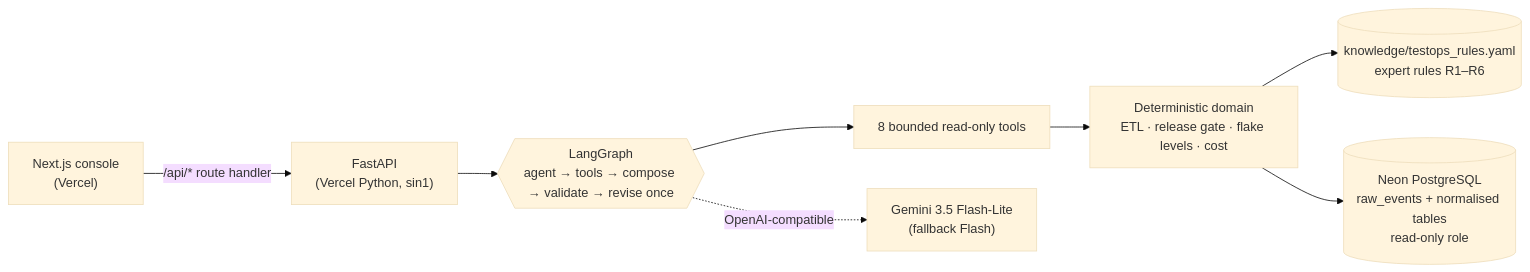
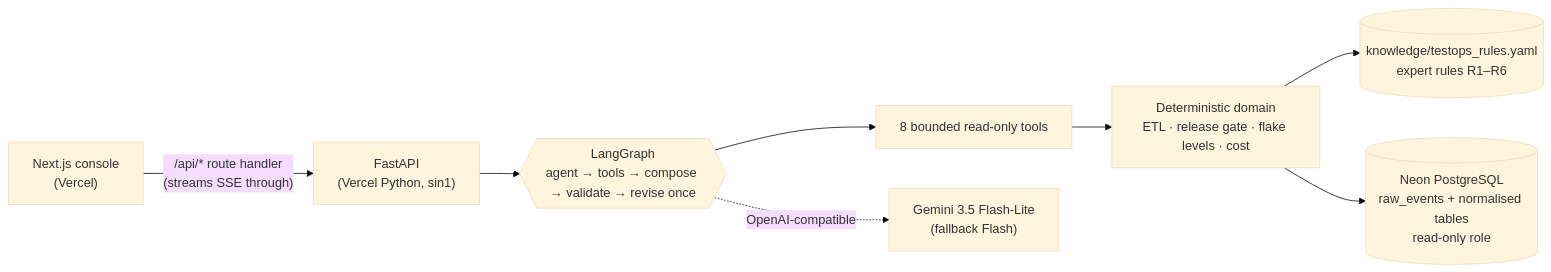
The diagram in README.md (dangtrinh3006/testops-intelligence-agent), drawn with Mermaid (base theme) before and after one commit. The commit also changed other lines of this file and 30 other files, not shown here.

First line of the commit message:
feat(web): warm editorial theme, live agent-run trace over SSE, /architecture and /pilot pages

````diff
--- a/README.md
+++ b/README.md
@@ -25,10 +26,10 @@
 ```mermaid
 flowchart LR
-    UI["Next.js console<br/>(Vercel)"] -->|/api/* route handler| API["FastAPI<br/>(Vercel Python, sin1)"]
+    UI["Next.js console<br/>(Vercel)"] -->|"/api/* route handler<br/>(streams SSE through)"| API["FastAPI<br/>(Vercel Python, sin1)"]
     API --> G{{"LangGraph<br/>agent → tools → compose → validate → revise once"}}
     G --> T["8 bounded read-only tools"]
     T --> D["Deterministic domain<br/>ETL · release gate · flake levels · cost"]
     D --> K[("knowledge/testops_rules.yaml<br/>expert rules R1–R6")]
     D --> DB[("Neon PostgreSQL<br/>raw_events + normalised tables<br/>read-only role")]
     G -.->|OpenAI-compatible| LLM["Gemini 3.5 Flash-Lite<br/>(fallback Flash)"]
 ```
````
